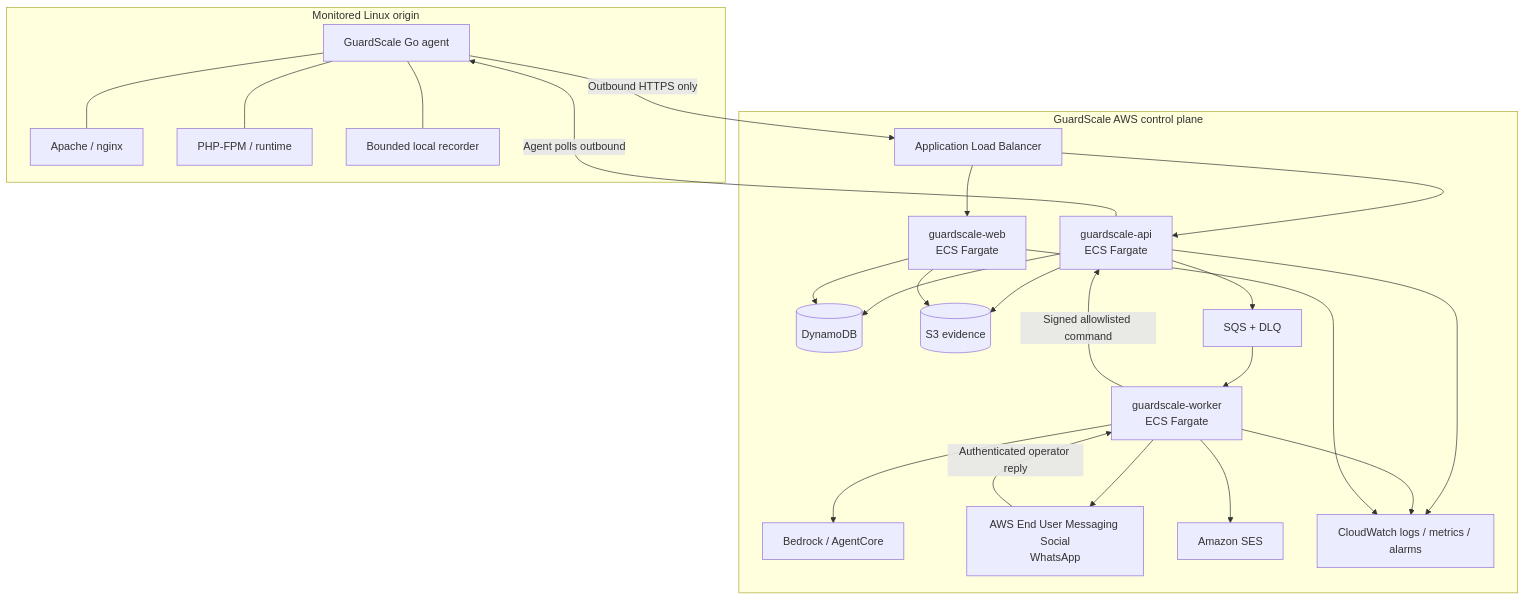
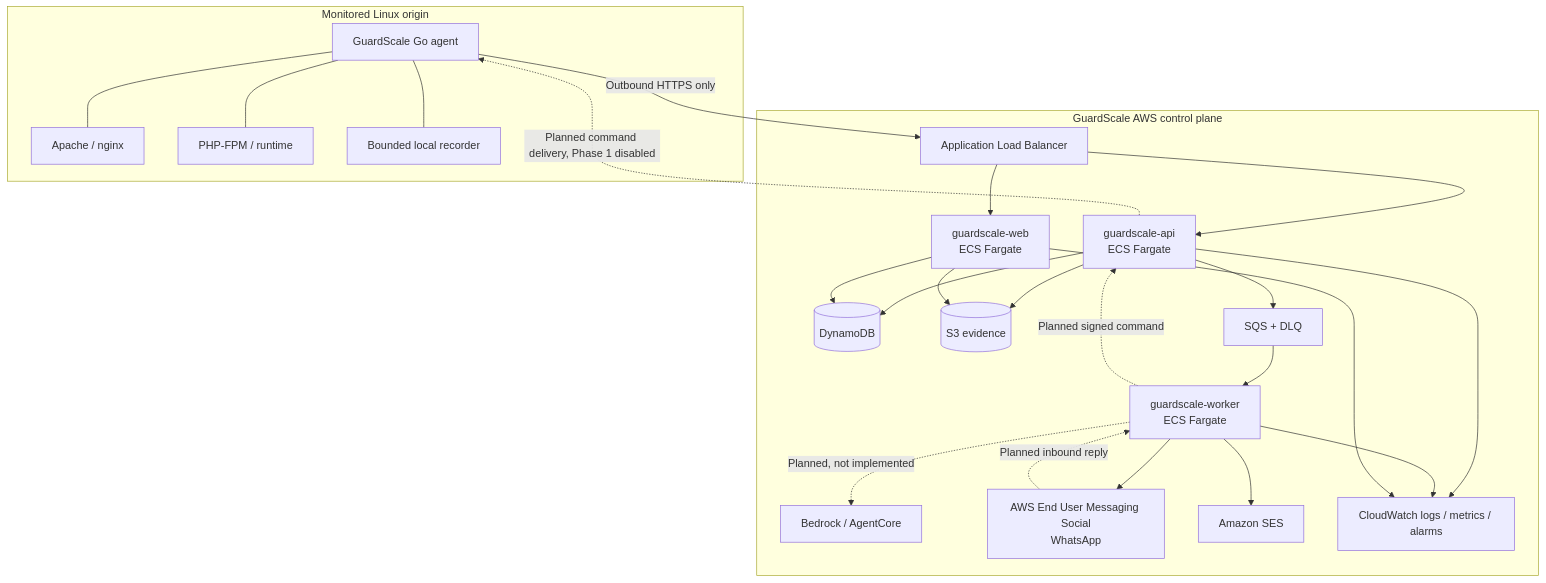
Before and after one commit to techcto/guardscale: the diagram in docs/architecture-diagram.mmd, drawn with Mermaid. The commit also changed 105 other files, not shown here.

```diff
--- a/docs/architecture-diagram.mmd
+++ b/docs/architecture-diagram.mmd
@@ -1,31 +1,31 @@
 flowchart TB
   subgraph Origin[Monitored Linux origin]
     Agent[GuardScale Go agent]
     WebServer[Apache / nginx]
     Runtime[PHP-FPM / runtime]
     Recorder[Bounded local recorder]
     Agent --- WebServer
     Agent --- Runtime
     Agent --- Recorder
   end
   Agent -->|Outbound HTTPS only| ALB[Application Load Balancer]
   subgraph AWS[GuardScale AWS control plane]
     ALB --> Web[guardscale-web\nECS Fargate]
     ALB --> API[guardscale-api\nECS Fargate]
     API --> DDB[(DynamoDB)]
     API --> S3[(S3 evidence)]
     API --> Queue[SQS + DLQ]
     Queue --> Worker[guardscale-worker\nECS Fargate]
-    Worker --> Bedrock[Bedrock / AgentCore]
+    Worker -.->|Planned, not implemented| Bedrock[Bedrock / AgentCore]
     Worker --> WhatsApp[AWS End User Messaging Social\nWhatsApp]
     Worker --> SES[Amazon SES]
     Web --> DDB
     Web --> S3
     Logs[CloudWatch logs / metrics / alarms]
     API --> Logs
     Worker --> Logs
     Web --> Logs
   end
-  WhatsApp -->|Authenticated operator reply| Worker
-  Worker -->|Signed allowlisted command| API
-  API -->|Agent polls outbound| Agent
+  WhatsApp -.->|Planned inbound reply| Worker
+  Worker -.->|Planned signed command| API
+  API -.->|Planned command delivery, Phase 1 disabled| Agent
```
